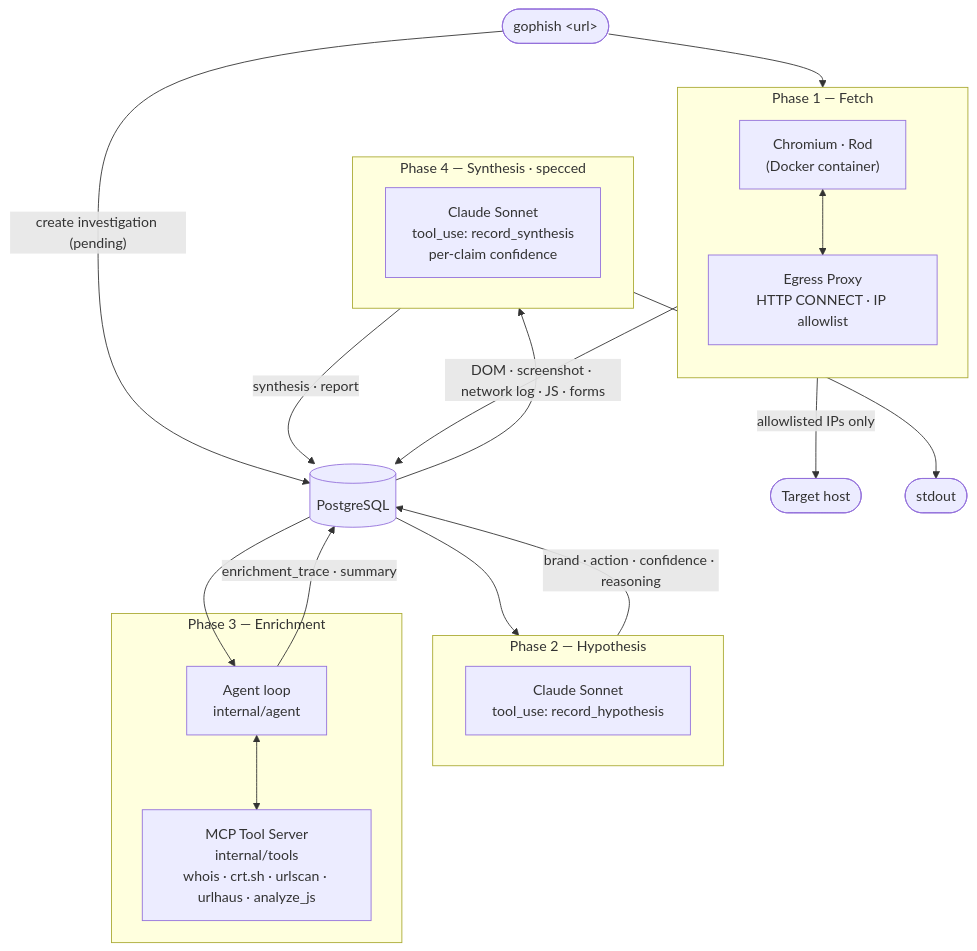
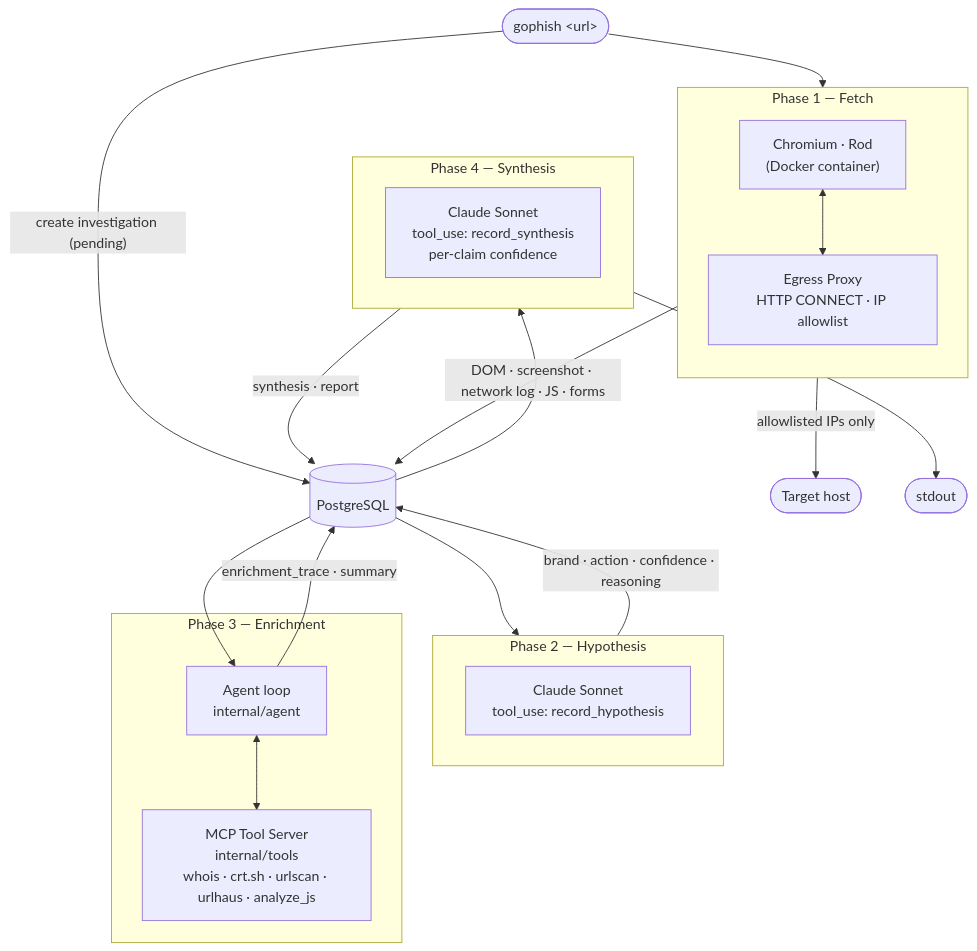
One commit to Aslanchik/go-phish changed the first of 2 diagrams in docs/architecture.md. Above: the diagram before and after it, drawn with Mermaid. The commit also changed other lines of this file, not shown here.

Commit message:
docs(architecture): mark Phase 4 synthesis as built

````diff
--- a/docs/architecture.md
+++ b/docs/architecture.md
@@ -9,41 +9,41 @@
 ```mermaid
 flowchart TD
     Input(["gophish &lt;url&gt;"])
 
     subgraph P1["Phase 1 — Fetch"]
         direction TB
         Container["Chromium · Rod\n(Docker container)"]
         Proxy["Egress Proxy\nHTTP CONNECT · IP allowlist"]
     end
 
     subgraph P2["Phase 2 — Hypothesis"]
         LLM["Claude Sonnet\ntool_use: record_hypothesis"]
     end
 
     subgraph P3["Phase 3 — Enrichment"]
         AgentLoop["Agent loop\ninternal/agent"]
         MCPServer["MCP Tool Server\ninternal/tools\nwhois · crt.sh · urlscan · urlhaus · analyze_js"]
     end
 
-    subgraph P4["Phase 4 — Synthesis  ·  specced"]
+    subgraph P4["Phase 4 — Synthesis"]
         Synthesis["Claude Sonnet\ntool_use: record_synthesis\nper-claim confidence"]
     end
 
     DB[("PostgreSQL")]
     Target(["Target host"])
     Report(["stdout"])
 
     Input -->|"create investigation (pending)"| DB
     Input --> P1
     Container <--> Proxy
     Proxy -->|"allowlisted IPs only"| Target
     P1 -->|"DOM · screenshot · network log · JS · forms"| DB
     DB --> P2
     P2 -->|"brand · action · confidence · reasoning"| DB
     DB --> AgentLoop
     AgentLoop <--> MCPServer
     AgentLoop -->|"enrichment_trace · summary"| DB
     DB --> P4
     P4 -->|"synthesis · report"| DB
     P4 --> Report
 ```
````
